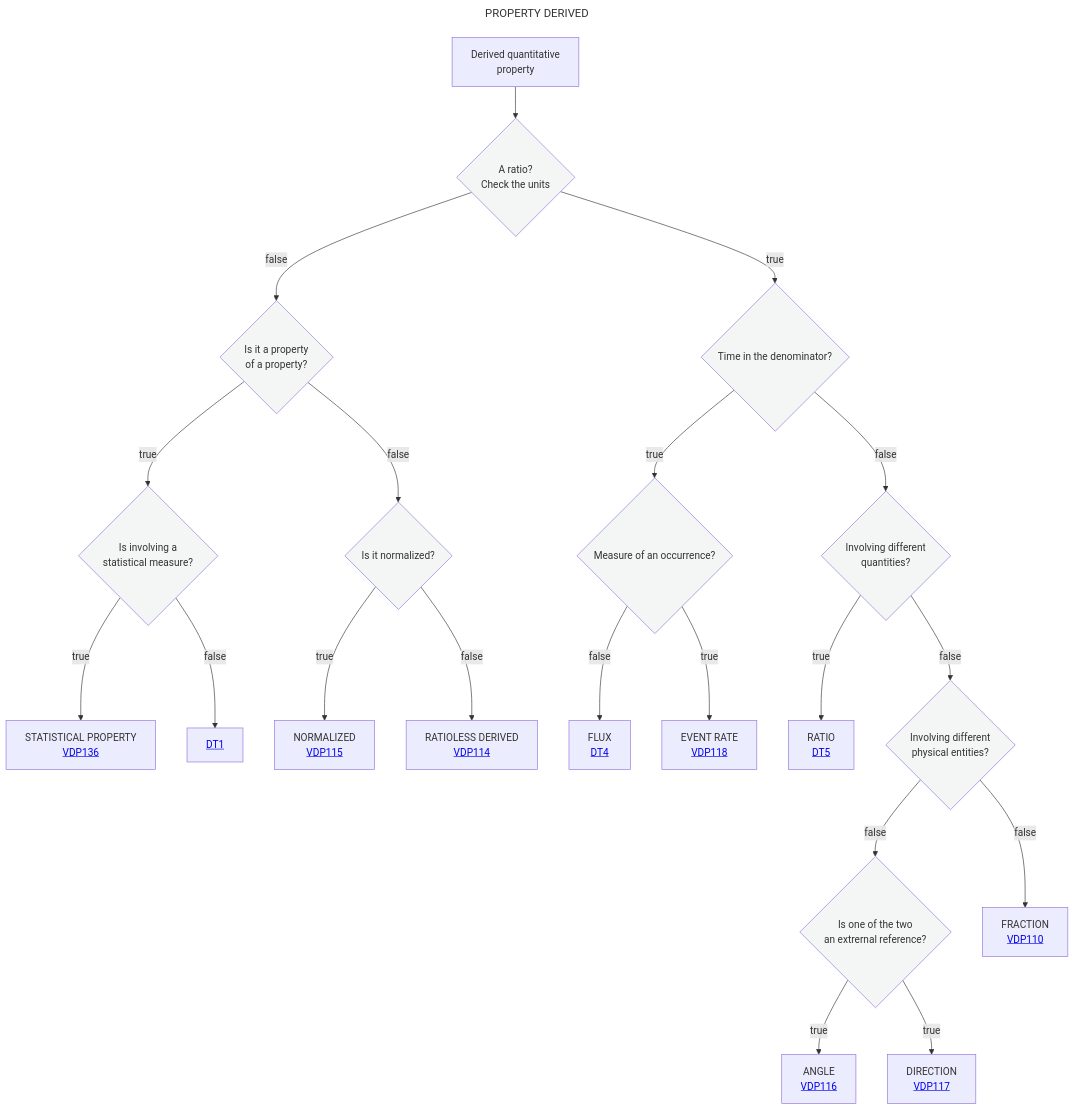
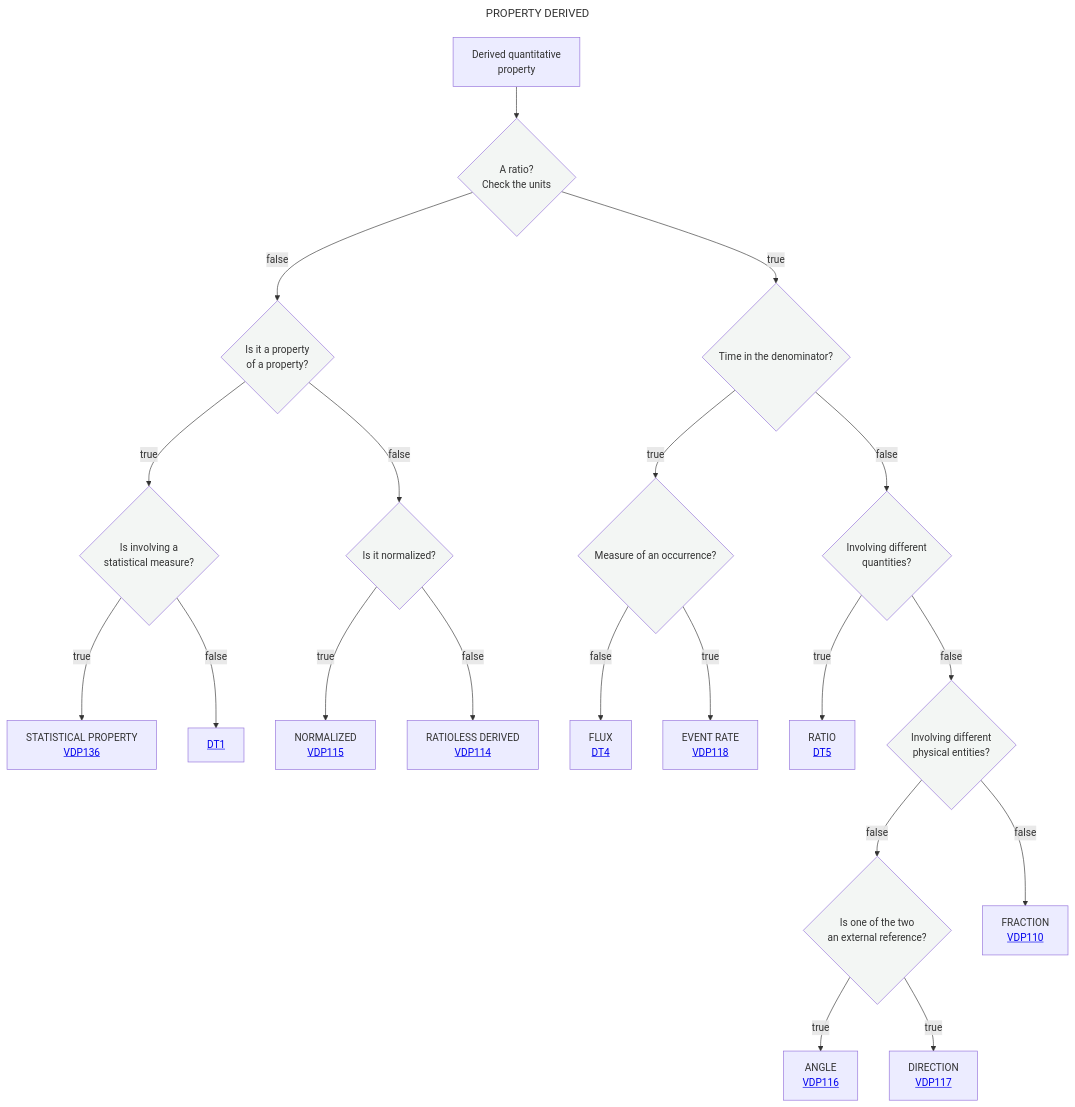
Before and after one commit to mabablue/I-ADOPT-patterns-playground: the diagram in Decisition_trees/DT3.mmd, drawn with Mermaid.

Commit message:
Fix typo in external reference question

```diff
--- a/Decisition_trees/DT3.mmd
+++ b/Decisition_trees/DT3.mmd
@@ -1,27 +1,27 @@
 ---
 title: PROPERTY DERIVED
 ---
 flowchart TD
     A[Derived quantitative <br> property] --> B{A ratio?<br>Check the units}:::white
     B --> |true|N{Time in the denominator?}:::white
     B --> |false|C{Is it a property <br> of a property?}:::white
     C --> |true|D{Is involving a <br> statistical measure?}:::white
     D --> |true|G[STATISTICAL PROPERTY <br> <a href='https://github.com/mabablue/I-ADOPT-patterns-playground/blob/main/pattern/VDP136.yaml'>VDP136</a>]
     D --> |false|F[<a href='https://github.com/mabablue/I-ADOPT-patterns-playground/blob/main/Decisition_trees/DT2.mmd'>DT1</a>]
     C --> |false|I{Is it normalized?}:::white
     I --> |true|T[NORMALIZED <br> <a href='https://github.com/mabablue/I-ADOPT-patterns-playground/blob/main/pattern/VDP115.yaml'>VDP115</a>]
     I --> |false|U[RATIOLESS DERIVED <br> <a href='https://github.com/mabablue/I-ADOPT-patterns-playground/blob/main/pattern/VDP114.yaml'>VDP114</a>]
     N --> |true|E{Measure of an occurrence?}:::white
     E --> |false|K[FLUX <br> <a href='https://github.com/mabablue/I-ADOPT-patterns-playground/blob/main/Decisition_trees/DT4.mmd'> DT4</a>]
     E --> |true|J[EVENT RATE <br> <a href='https://github.com/mabablue/I-ADOPT-patterns-playground/blob/main/pattern/VDP118.yaml'>VDP118</a>]
     N --> |false|O{Involving different <br> quantities?}:::white
     O --> |true|P[RATIO <br> <a href='https://github.com/mabablue/I-ADOPT-patterns-playground/blob/main/Decisition_trees/DT5.mmd'> DT5</a>]
     O --> |false|Q{Involving different <br> physical entities?}:::white
-    Q --> |false|R{Is one of the two <br> an extrernal reference?}:::white
+    Q --> |false|R{Is one of the two <br> an external reference?}:::white
     R --> |true|L[ANGLE <br> <a href='https://github.com/mabablue/I-ADOPT-patterns-playground/blob/main/pattern/VDP116.yaml'>VDP116</a>]
     R --> |true|M[DIRECTION <br> <a href='https://github.com/mabablue/I-ADOPT-patterns-playground/blob/main/pattern/VDP117.yaml'>VDP117</a>]
     Q --> |false|S[FRACTION <br> <a href='https://github.com/mabablue/I-ADOPT-patterns-playground/blob/main/pattern/VDP110.yaml'>VDP110</a>]
    classDef blue fill:#90D5FF
    classDef satblue fill:#57B9FF 
    classDef white fill:#f3f6f4
    classDef green fill:#6aa84f
```
